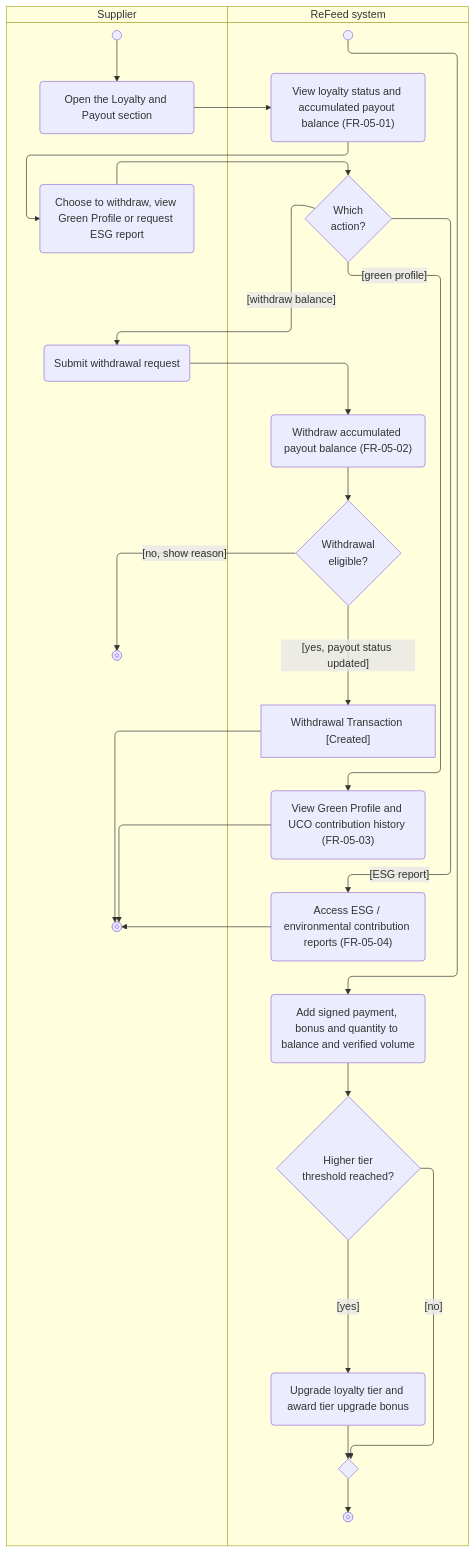
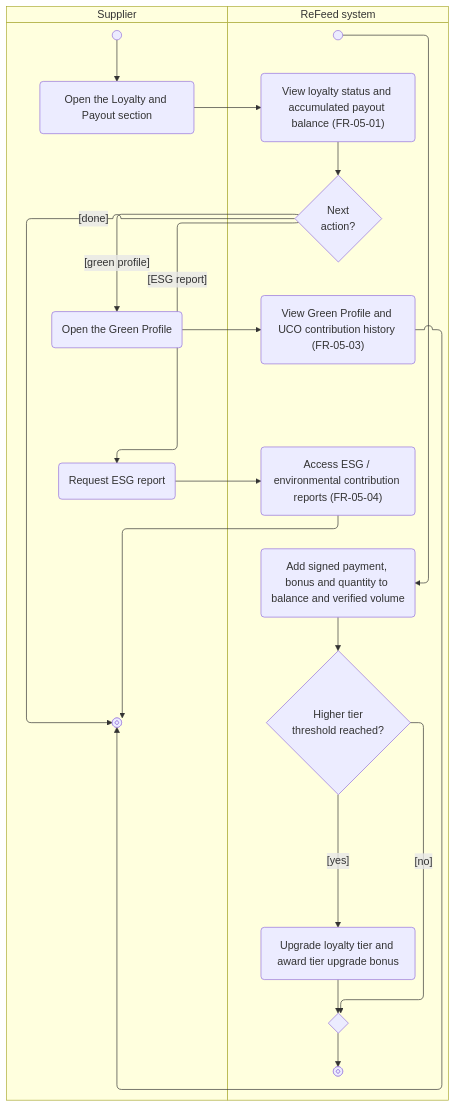
The diagram in docs/activity/AD-UC-12.md (thuyvicbh-alt/DBIZ2---GROUP-D), drawn with Mermaid before and after one commit. The commit also changed other lines of this file, not shown here.

First line of the commit message:
Revise AD-UC-12 use case for loyalty status management

````diff
--- a/docs/activity/AD-UC-12.md
+++ b/docs/activity/AD-UC-12.md
@@ -25,36 +25,30 @@
 ```mermaid
 swimlane-beta TB
   subgraph SUP["Supplier"]
     start@{ shape: sm-circ }
     a1("Open the Loyalty and Payout section")
-    a2("Choose to withdraw, view Green Profile or request ESG report")
-    a3("Submit withdrawal request")
+    a2("Open the Green Profile")
+    a3("Request ESG report")
     stop1@{ shape: fr-circ }
-    stop2@{ shape: fr-circ }
   end
   subgraph SYS["ReFeed system"]
     signed@{ shape: sm-circ }
     u1("Add signed payment, bonus and quantity to balance and verified volume")
     d0{"Higher tier<br>threshold reached?"}
     u2("Upgrade loyalty tier and award tier upgrade bonus")
     m0{" "}
-    stop3@{ shape: fr-circ }
+    stop2@{ shape: fr-circ }
     s1("View loyalty status and accumulated payout balance (FR-05-01)")
-    d1{"Which<br>action?"}
-    s2("Withdraw accumulated payout balance (FR-05-02)")
-    d2{"Withdrawal<br>eligible?"}
-    o1["Withdrawal Transaction [Created]"]
-    s3("View Green Profile and UCO contribution history (FR-05-03)")
-    s4("Access ESG / environmental contribution reports (FR-05-04)")
+    d1{"Next<br>action?"}
+    s2("View Green Profile and UCO contribution history (FR-05-03)")
+    s3("Access ESG / environmental contribution reports (FR-05-04)")
   end
   signed --> u1 --> d0
   d0 -->|"[yes]"| u2 --> m0
   d0 -->|"[no]"| m0
-  m0 --> stop3
-  start --> a1 --> s1 --> a2 --> d1
-  d1 -->|"[withdraw balance]"| a3 --> s2 --> d2
-  d2 -->|"[no, show reason]"| stop1
-  d2 -->|"[yes, payout status updated]"| o1 --> stop2
-  d1 -->|"[green profile]"| s3 --> stop2
-  d1 -->|"[ESG report]"| s4 --> stop2
+  m0 --> stop2
+  start --> a1 --> s1 --> d1
+  d1 -->|"[done]"| stop1
+  d1 -->|"[green profile]"| a2 --> s2 --> stop1
+  d1 -->|"[ESG report]"| a3 --> s3 --> stop1
 ```
````
